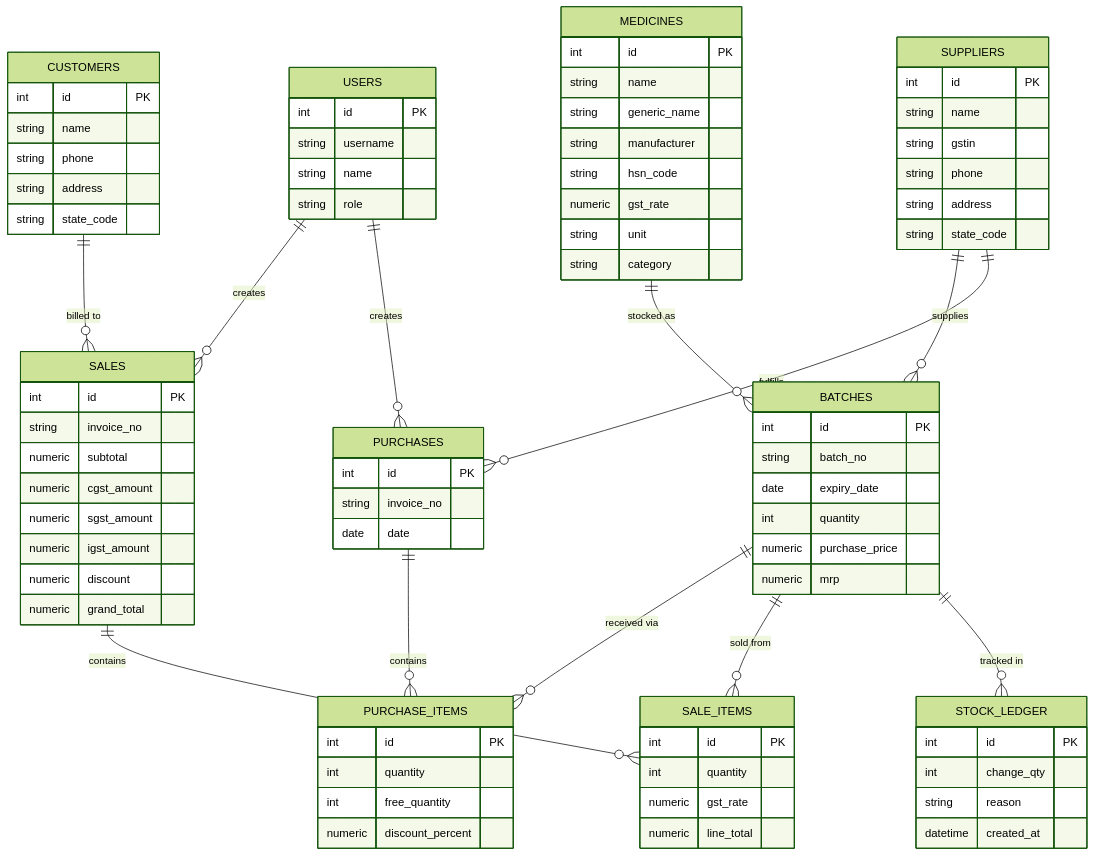
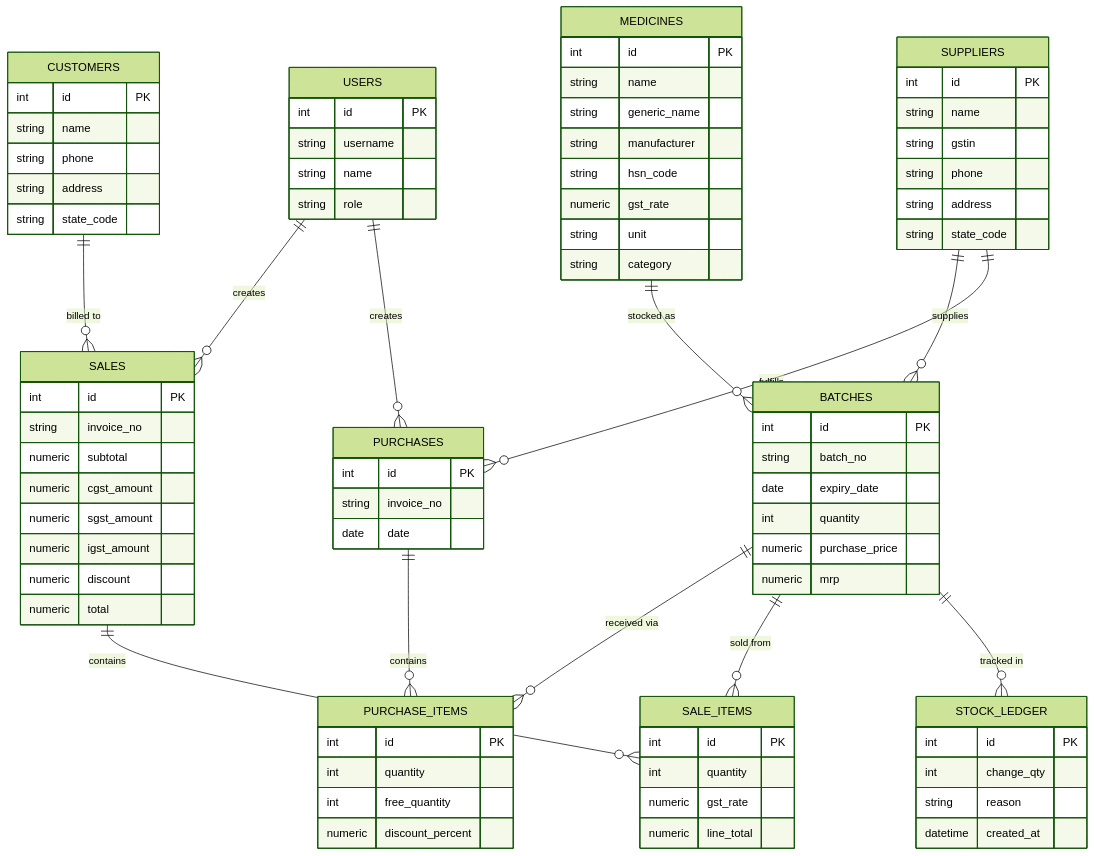
The second of 2 diagrams in README.md (vinaybabannavar-create/MedStock-GST-Pharmacy-Billing-Inventory-Suite), drawn with Mermaid (forest theme) before and after one commit. The commit also changed other lines of this file, not shown here.

```diff
--- a/README.md
+++ b/README.md
@@ -268,7 +268,7 @@
         numeric sgst_amount
         numeric igst_amount
         numeric discount
-        numeric grand_total
+        numeric total
     }
     SALE_ITEMS {
         int id PK
```
